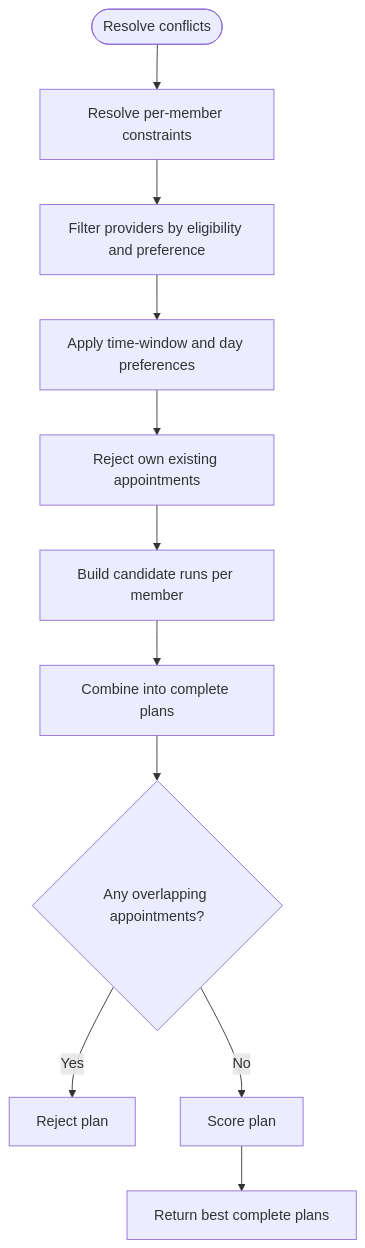
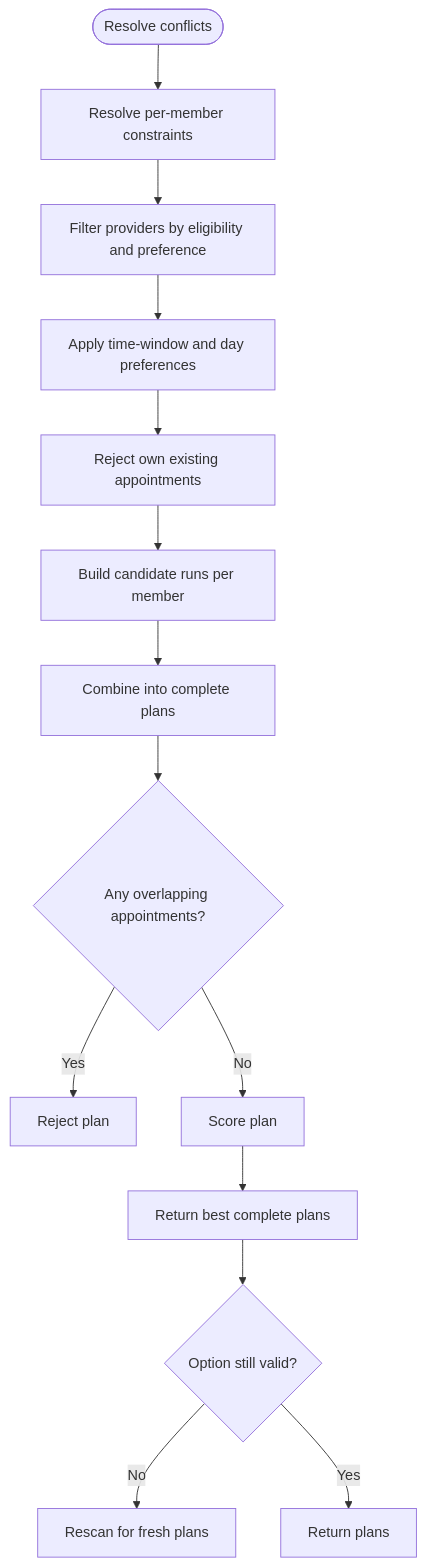
Diagram 12 of 13 in .qoder/repowiki/en/content/Scheduling System/Family Booking Coordination.md (gokulkaarthicks/dental-chatbot), drawn with Mermaid before and after one commit. The commit also changed other lines of this file and 280 other files, not shown here.

````diff
--- a/.qoder/repowiki/en/content/Scheduling System/Family Booking Coordination.md
+++ b/.qoder/repowiki/en/content/Scheduling System/Family Booking Coordination.md
@@ -452,13 +515,16 @@
 ```mermaid
 flowchart TD
 Start(["Resolve conflicts"]) --> PerMember["Resolve per-member constraints"]
 PerMember --> ProviderFilter["Filter providers by eligibility and preference"]
 ProviderFilter --> TimeWindow["Apply time-window and day preferences"]
 TimeWindow --> OwnConflict["Reject own existing appointments"]
 OwnConflict --> CandidateRuns["Build candidate runs per member"]
 CandidateRuns --> Combine["Combine into complete plans"]
 Combine --> OverlapCheck{"Any overlapping appointments?"}
 OverlapCheck --> |Yes| RejectPlan["Reject plan"]
 OverlapCheck --> |No| ScorePlan["Score plan"]
 ScorePlan --> BestPlans["Return best complete plans"]
+BestPlans --> StaleCheck{"Option still valid?"}
+StaleCheck --> |No| FreshRescan["Rescan for fresh plans"]
+StaleCheck --> |Yes| ReturnPlans["Return plans"]
 ```
````
